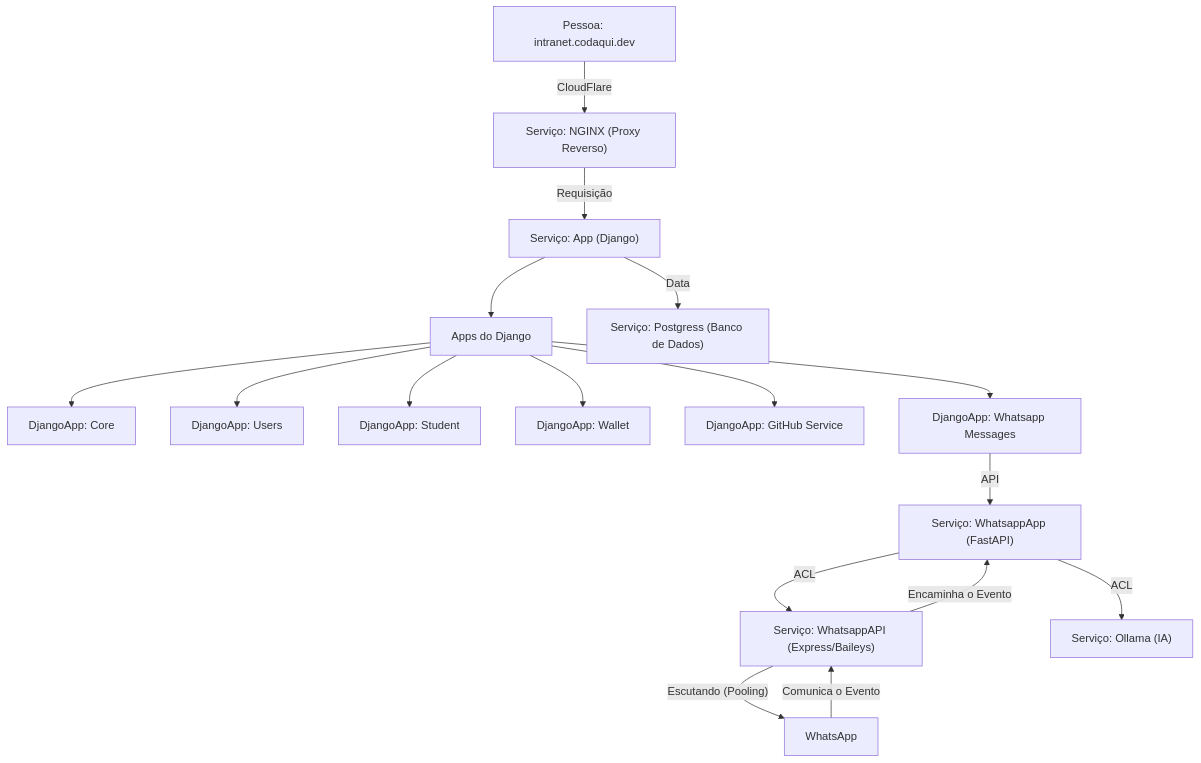
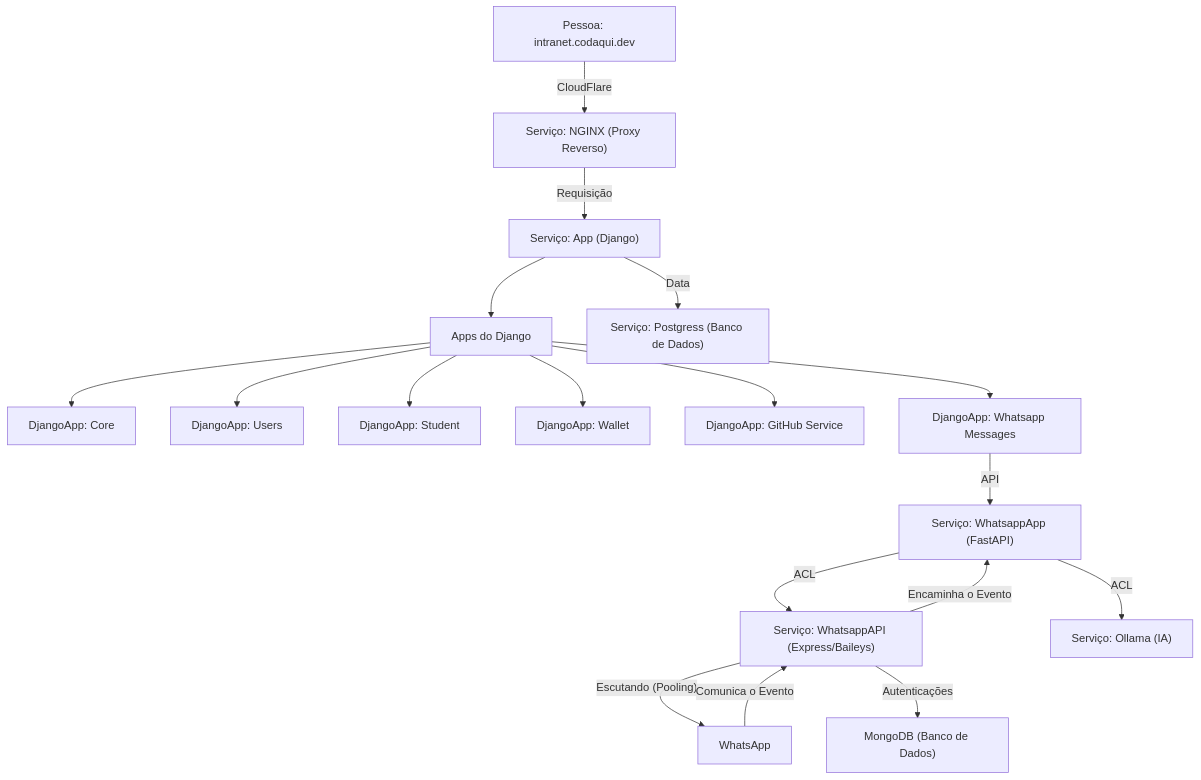
One commit to codaqui/tutor changed the diagram in README.md. Above: the diagram before and after it, drawn with Mermaid. The commit also changed 1 other file, not shown here.

Commit message:
feat: Add MongoDB service to docker-compose and update dependencies for WhatsApp app

````diff
--- a/README.md
+++ b/README.md
@@ -10,39 +10,41 @@
 ```mermaid
 flowchart TD
     A["Serviço: App (Django)"]
     A1["Apps do Django"]
     A2["DjangoApp: Core"]
     A3["DjangoApp: Users"]
     A4["DjangoApp: Student"]
     A5["DjangoApp: Wallet"]
     A6["DjangoApp: GitHub Service"]
     A7["DjangoApp: Whatsapp Messages"]
 
     B["Serviço: WhatsappAPI (Express/Baileys)"]
     C["Serviço: WhatsappApp (FastAPI)"]
     D["Serviço: NGINX (Proxy Reverso)"]
     E["Serviço: Postgress (Banco de Dados)"]
     F["Serviço: Ollama (IA)"]
     G["Pessoa: intranet.codaqui.dev"]
     H["WhatsApp"]
+    I["MongoDB (Banco de Dados)"]
 
     G -->|"CloudFlare"| D
     D -->|"Requisição"| A
 
     A -->|"Data"| E
     A --> A1
     A1 --> A2
     A1 --> A3
     A1 --> A4
     A1 --> A5
     A1 --> A6
     A1 --> A7
 
     A7 -->|"API"| C
     C -->|"ACL"| F
     C -->|"ACL"| B
     
     B -->|"Escutando (Pooling)"| H
     H -->|"Comunica o Evento"| B
     B -->|"Encaminha o Evento"| C
+    B -->|"Autenticações"| I
 ```
````
